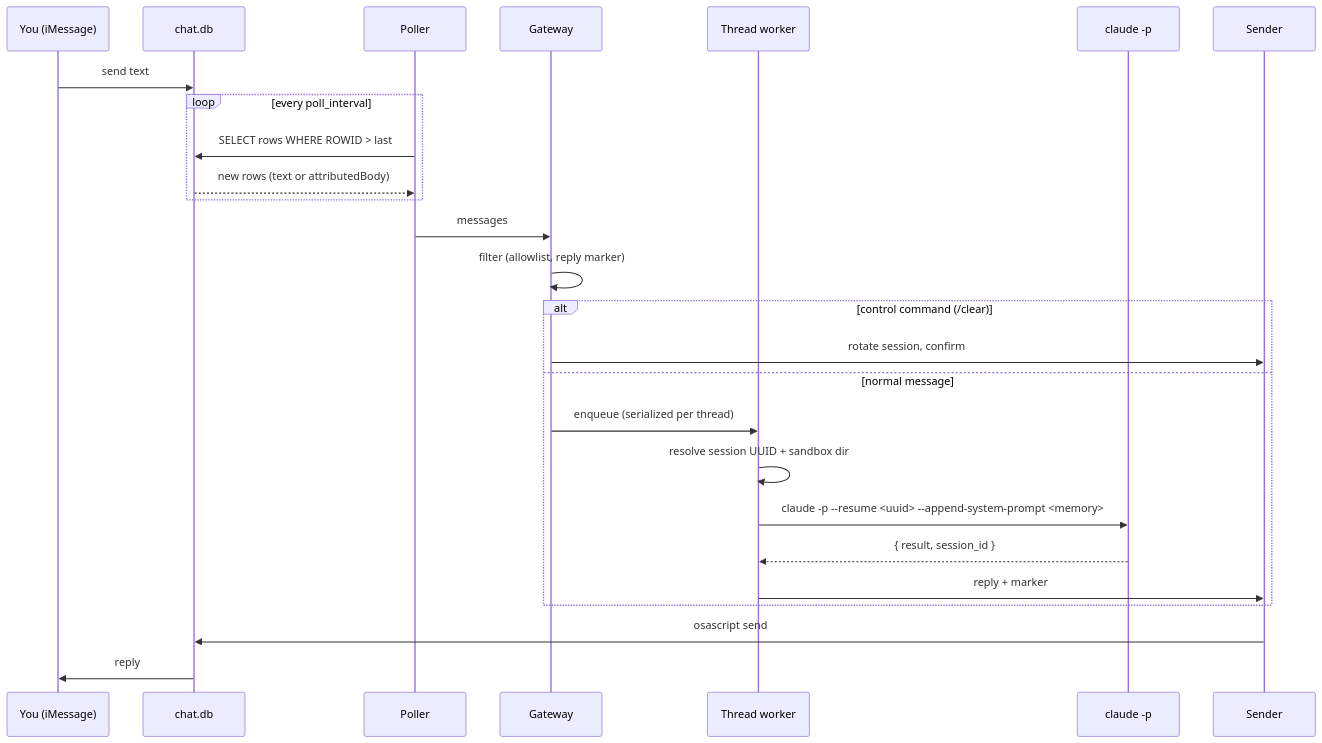
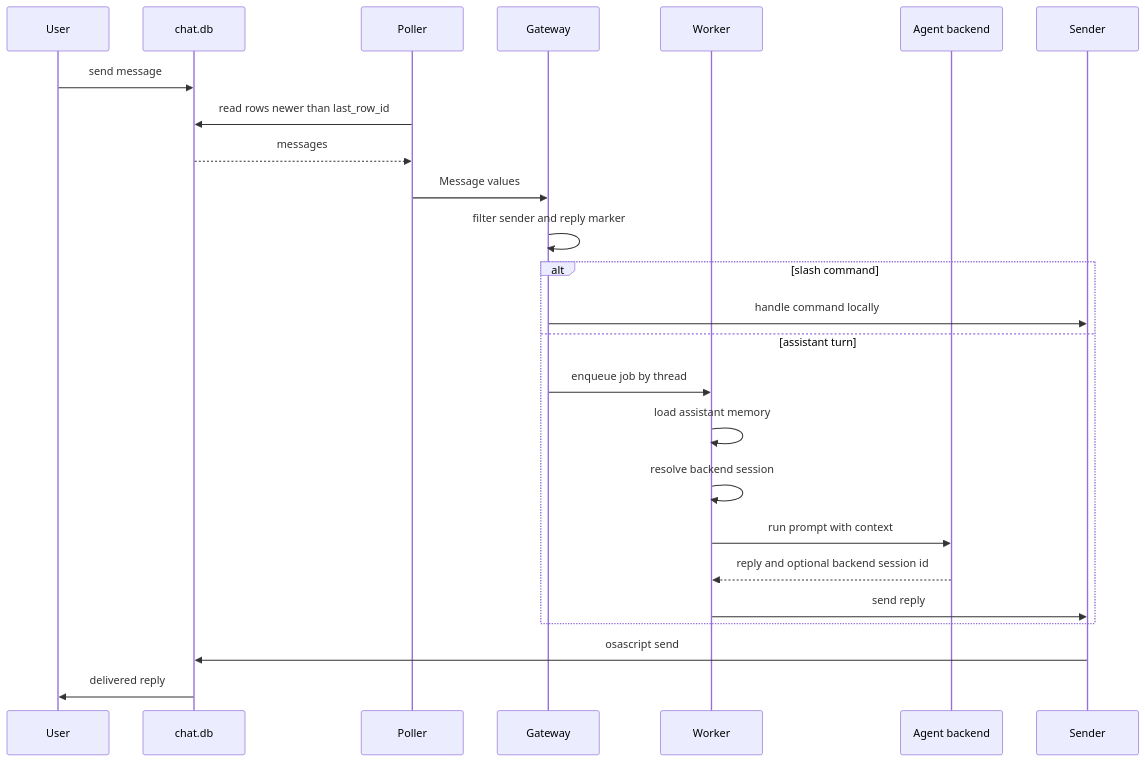
The second of 2 diagrams in docs/architecture.md (edheltzel/Relay), drawn with Mermaid before and after one commit. The commit also changed other lines of this file and 12 other files, not shown here.

````diff
--- a/docs/architecture.md
+++ b/docs/architecture.md
@@ -54,29 +75,28 @@
 ```mermaid
 sequenceDiagram
-    participant U as You (iMessage)
+    participant U as User
     participant DB as chat.db
     participant P as Poller
     participant G as Gateway
-    participant W as Thread worker
-    participant C as claude -p
+    participant W as Worker
+    participant A as Agent backend
     participant S as Sender
 
-    U->>DB: send text
-    loop every poll_interval
-        P->>DB: SELECT rows WHERE ROWID > last
-        DB-->>P: new rows (text or attributedBody)
-    end
-    P->>G: messages
-    G->>G: filter (allowlist, reply marker)
-    alt control command (/clear)
-        G->>S: rotate session, confirm
-    else normal message
-        G->>W: enqueue (serialized per thread)
-        W->>W: resolve session UUID + sandbox dir
-        W->>C: claude -p --resume <uuid> --append-system-prompt <memory>
-        C-->>W: { result, session_id }
-        W->>S: reply + marker
+    U->>DB: send message
+    P->>DB: read rows newer than last_row_id
+    DB-->>P: messages
+    P->>G: Message values
+    G->>G: filter sender and reply marker
+    alt slash command
+        G->>S: handle command locally
+    else assistant turn
+        G->>W: enqueue job by thread
+        W->>W: load assistant memory
+        W->>W: resolve backend session
+        W->>A: run prompt with context
+        A-->>W: reply and optional backend session id
+        W->>S: send reply
     end
     S->>DB: osascript send
-    DB->>U: reply
+    DB->>U: delivered reply
 ```
````
